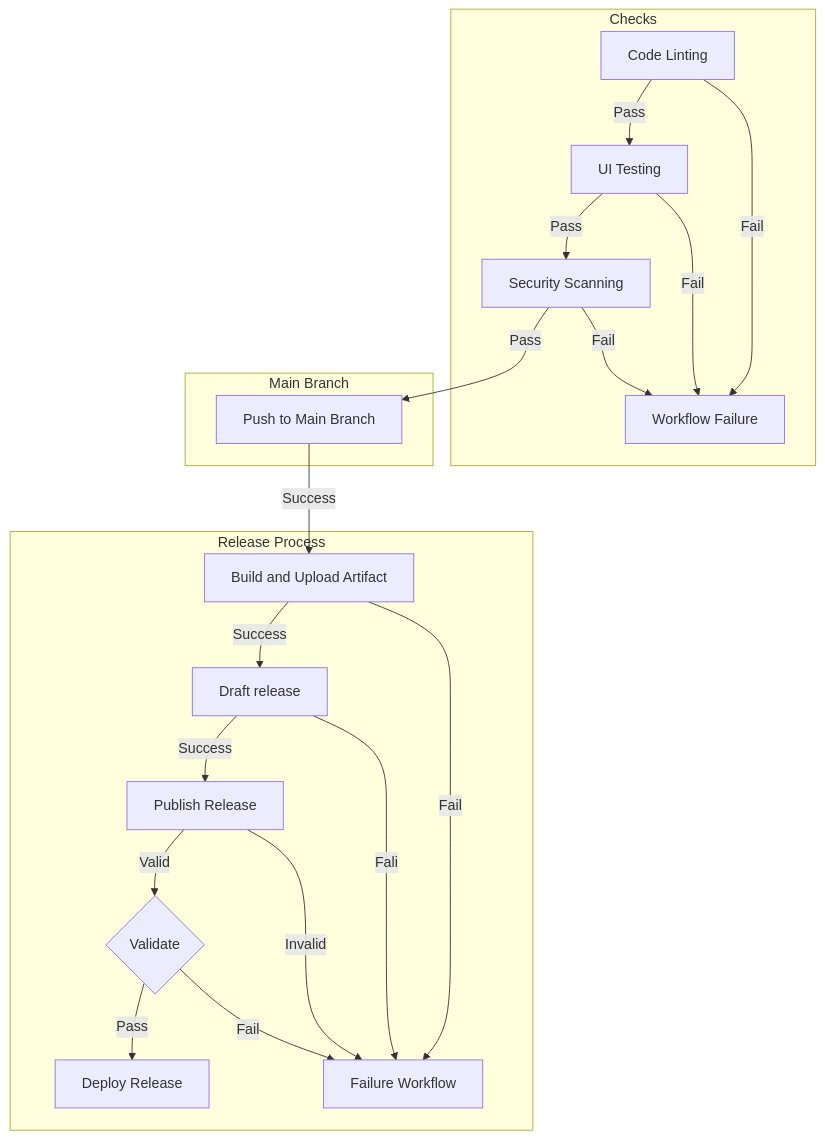
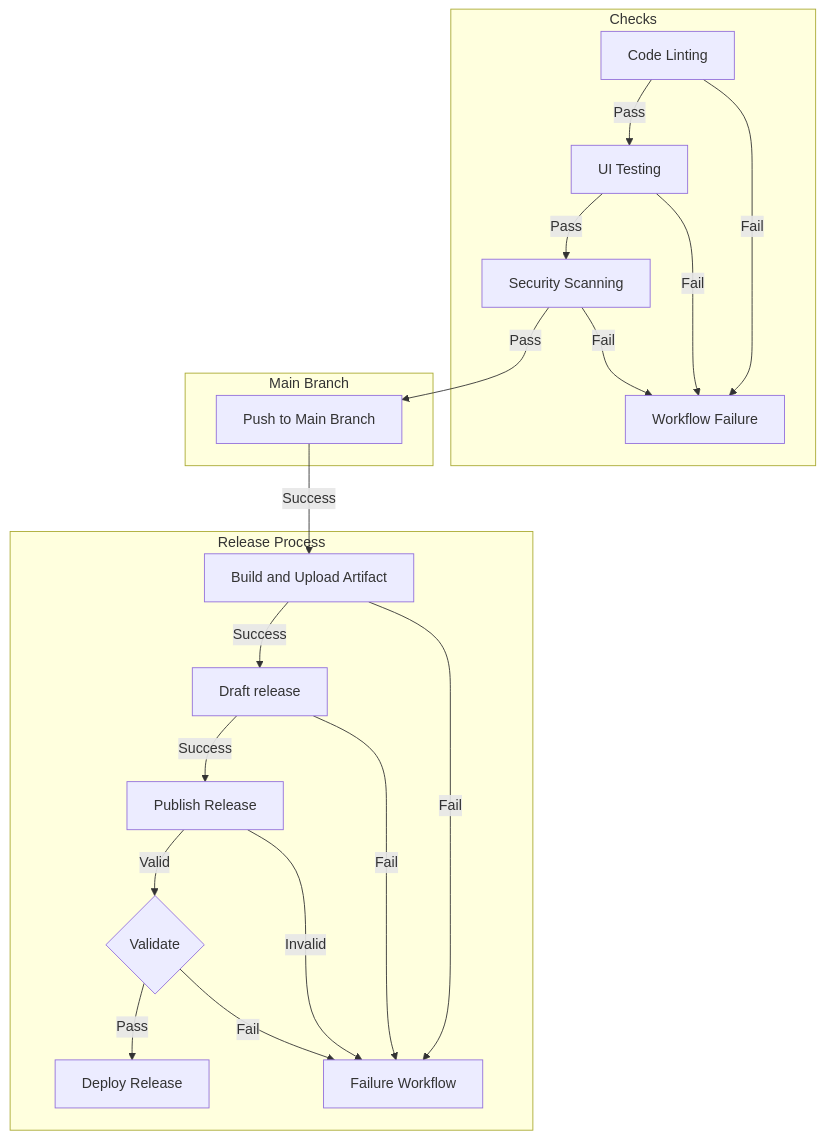
The diagram in docs/exercises/03.automate.release/02.md (githubuniverseworkshops/github-devsecops-fundamentals), drawn with Mermaid before and after one commit. The commit also changed other lines of this file and 11 other files, not shown here.

````diff
--- a/docs/exercises/03.automate.release/02.md
+++ b/docs/exercises/03.automate.release/02.md
@@ -5,42 +5,42 @@
 ```mermaid
 flowchart TD
     subgraph Checks
         A[Code Linting]
         B[UI Testing]
         D[Security Scanning]
         C[Workflow Failure]
     end
 
     A-->|Pass|B
     A-->|Fail|C
     B-->|Pass|D
     B-->|Fail|C
 
     subgraph Release Process
         E[Build and Upload Artifact]
         F[Draft release]
         G[Publish Release]
         H{Validate}
         I[Deploy Release]
         J[Failure Workflow]
 
     end
 
     D-->|Pass|K
     D-->|Fail|C
     E-->|Success|F
     F-->|Success|G
-    F-->|Fali|J
+    F-->|Fail|J
     G-->|Valid|H
     G-->|Invalid|J
     H-->|Pass|I
     H-->|Fail|J
     E-->|Fail|J
 
     subgraph Main Branch
         K[Push to Main Branch]
     end
 
     K-->|Success|E
 
 ```
````
